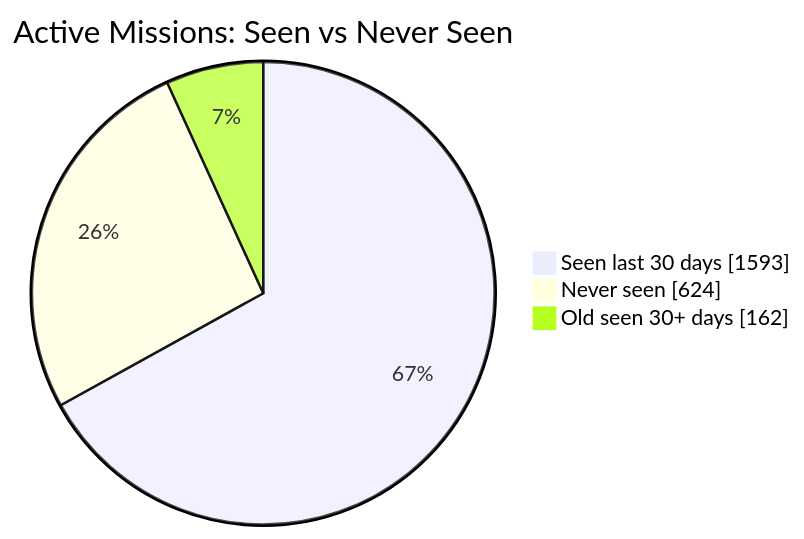
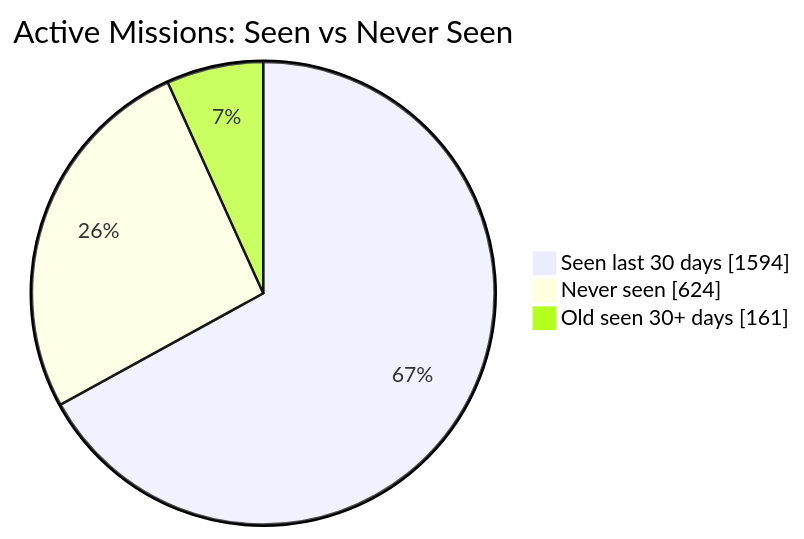
One commit to MeldkamerspelGameTeam/active-missions changed the first of 2 diagrams in README.md. Above: the diagram before and after it, drawn with Mermaid. The commit also changed other lines of this file and 2 other files, not shown here.

````diff
--- a/README.md
+++ b/README.md
@@ -34,7 +34,7 @@
 ```mermaid
 pie showData
     title Active Missions: Seen vs Never Seen
-    "Seen last 30 days" : 1593
+    "Seen last 30 days" : 1594
     "Never seen" : 624
-    "Old seen 30+ days" : 162
+    "Old seen 30+ days" : 161
 ```
````
